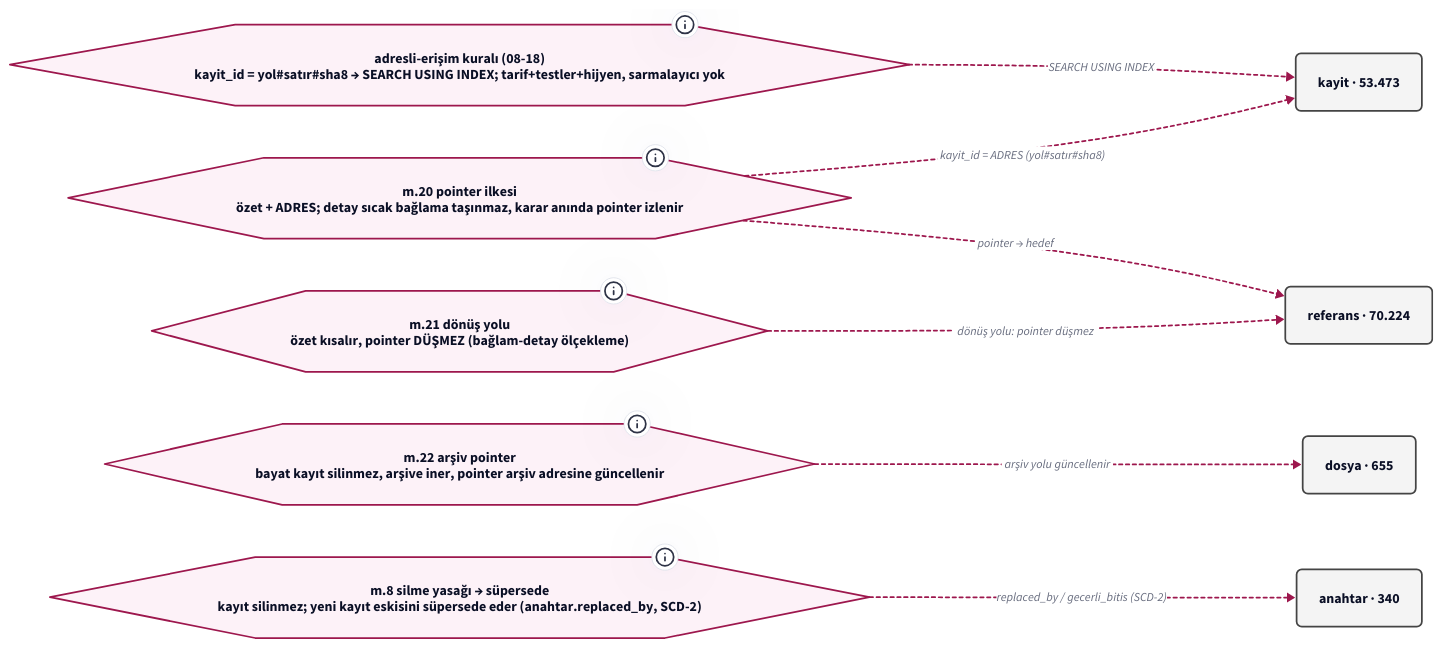
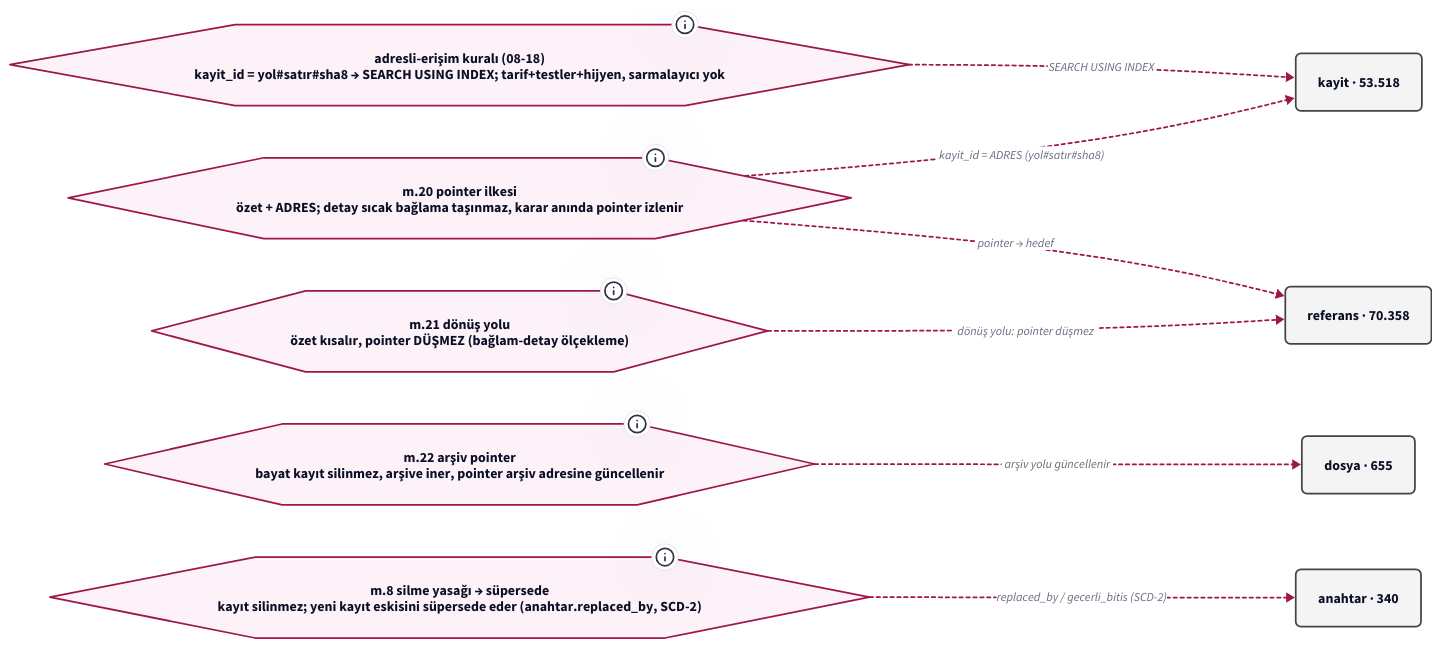
One commit to salihsahinin/sistem changed the diagram in graf/pointer-sistemi-v0-ilke.d2. Above: the diagram before and after it, drawn with D2. The commit also changed 48 other files, not shown here.

First line of the commit message:
[icra] KB-61 executed per Decision 74 M-1 (b): typed-edge layer first step — silver `bag` table (wasRevisionOf only, rule-based, bitemporal) + graph edge type

```diff
--- a/graf/pointer-sistemi-v0-ilke.d2
+++ b/graf/pointer-sistemi-v0-ilke.d2
@@ -1,33 +1,33 @@
 # Jarvis POINTER SİSTEMİ — POINTER İLKESİ → MEKANİZMA (pano 3/4) (türetilmiş görünüm; ham kaynak silver/bronz)
-# üretici: tools/pointer-graf.py · silver 3f39b2e · HEAD 3f39b2e · d2 v0.8.1-HEAD · render: d2 --layout=elk (ELK bundled; TALA girmez; determinizm yerel sha256 ile ölçülür — Karar 65)
+# üretici: tools/pointer-graf.py · silver 0612826 · HEAD 0612826 · d2 v0.8.1-HEAD · render: d2 --layout=elk (ELK bundled; TALA girmez; determinizm yerel sha256 ile ölçülür — Karar 65)
 # içerik katmanı: düğüm/kenar = silver'dan script türetimi (LLM yazmaz); ilke/kronoloji = kanon SABİTİ (pointer'lı, script içinde); yorum katmanı = bu # satırları
 direction: right
 classes: {
   kutu: { style: { fill: "#F4F4F4"; stroke: "#444444"; font-size: 16; border-radius: 6 } }
   pointer: { style: { fill: "#E8F0FE"; stroke: "#1A56DB"; border-radius: 6 } }
   anahtar: { style: { fill: "#FFF4E5"; stroke: "#B45309"; border-radius: 6 } }
   hat: { style: { fill: "#ECFDF5"; stroke: "#047857"; bold: true; border-radius: 6 } }
   ilke: { shape: hexagon; style: { fill: "#FDF2F8"; stroke: "#9D174D" } }
   kron: { shape: page; style: { fill: "#FFFFFF"; stroke: "#6B7280" } }
   dis: { shape: cloud; style: { fill: "#FAFAFA"; stroke: "#9CA3AF" } }
   kirik: { style: { stroke: "#DC2626"; stroke-dash: 3; font-size: 14 } }
   supersede: { style: { stroke: "#B45309"; stroke-dash: 5 } }
   fk: { style: { stroke: "#444444"; font-size: 14 } }
   turetir: { style: { stroke: "#047857"; stroke-width: 3 } }
   uygular: { style: { stroke: "#9D174D"; stroke-dash: 2; font-size: 14 } }
 }
 adres: "adresli-erişim kuralı (08-18)\nkayit_id = yol#satır#sha8 → SEARCH USING INDEX; tarif+testler+hijyen, sarmalayıcı yok" { class: ilke; tooltip: "KILAVUZ.md tasarım-ilkeleri · kuyruk/senaryo-defteri.md Karar 62" }
 m20: "m.20 pointer ilkesi\nözet + ADRES; detay sıcak bağlama taşınmaz, karar anında pointer izlenir" { class: ilke; tooltip: "core/tuzuk-v0.md m.20 · wiki/pointer-sistemi.md" }
 m21: "m.21 dönüş yolu\nözet kısalır, pointer DÜŞMEZ (bağlam-detay ölçekleme)" { class: ilke; tooltip: "core/tuzuk-v0.md m.21" }
 m22: "m.22 arşiv pointer\nbayat kayıt silinmez, arşive iner, pointer arşiv adresine güncellenir" { class: ilke; tooltip: "core/tuzuk-v0.md m.22" }
 m8: "m.8 silme yasağı → süpersede\nkayıt silinmez; yeni kayıt eskisini süpersede eder (anahtar.replaced_by, SCD-2)" { class: ilke; tooltip: "core/tuzuk-v0.md m.8 · core/baglam-anahtar-kaydi.md §3" }
-kayit: "kayit · 53.473" { class: kutu }
-referans: "referans · 70.224" { class: kutu }
+kayit: "kayit · 53.518" { class: kutu }
+referans: "referans · 70.358" { class: kutu }
 dosya: "dosya · 655" { class: kutu }
 anahtar: "anahtar · 340" { class: kutu }
 adres -> kayit: "SEARCH USING INDEX" { class: uygular }
 m20 -> kayit: "kayit_id = ADRES (yol#satır#sha8)" { class: uygular }
 m20 -> referans: "pointer → hedef" { class: uygular }
 m21 -> referans: "dönüş yolu: pointer düşmez" { class: uygular }
 m22 -> dosya: "arşiv yolu güncellenir" { class: uygular }
 m8 -> anahtar: "replaced_by / gecerli_bitis (SCD-2)" { class: uygular }
```
